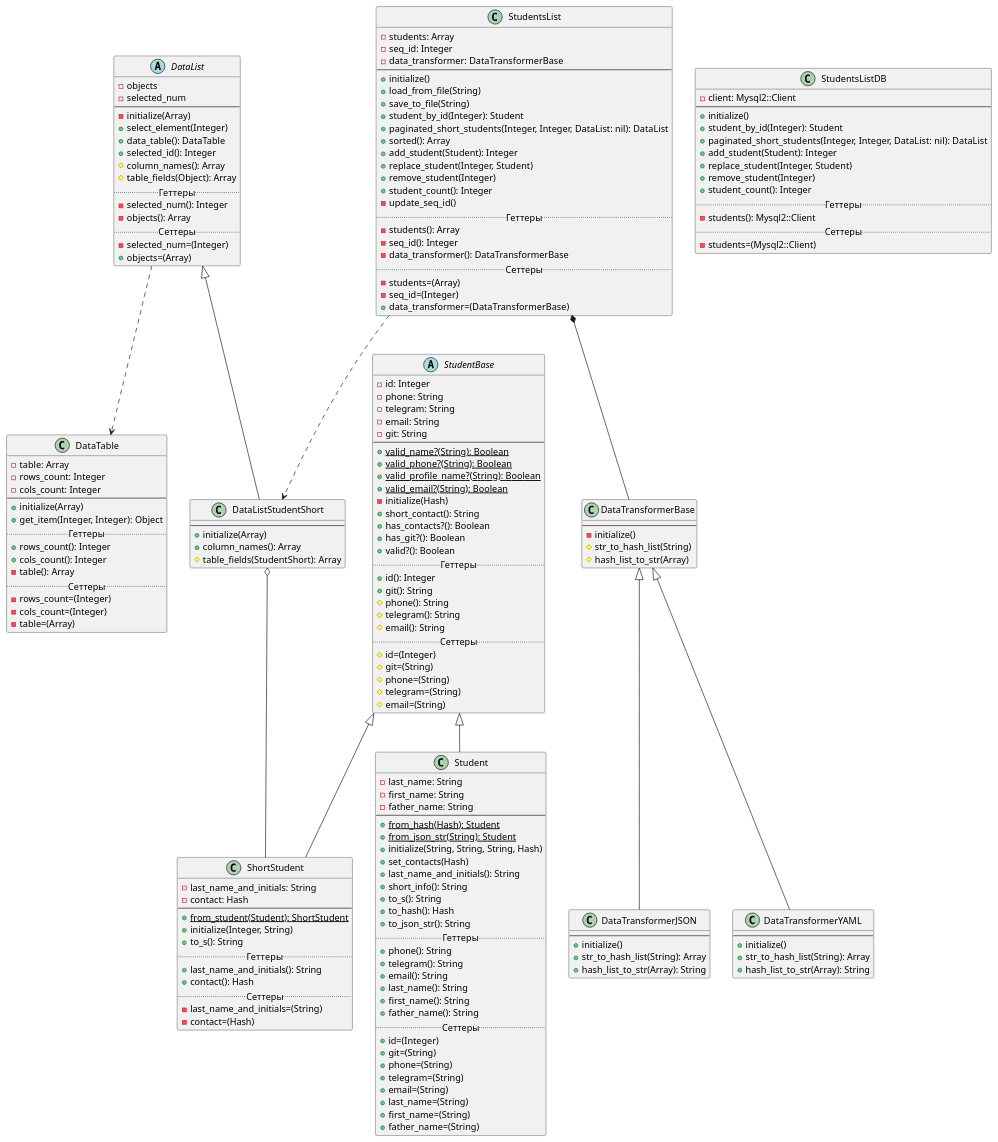
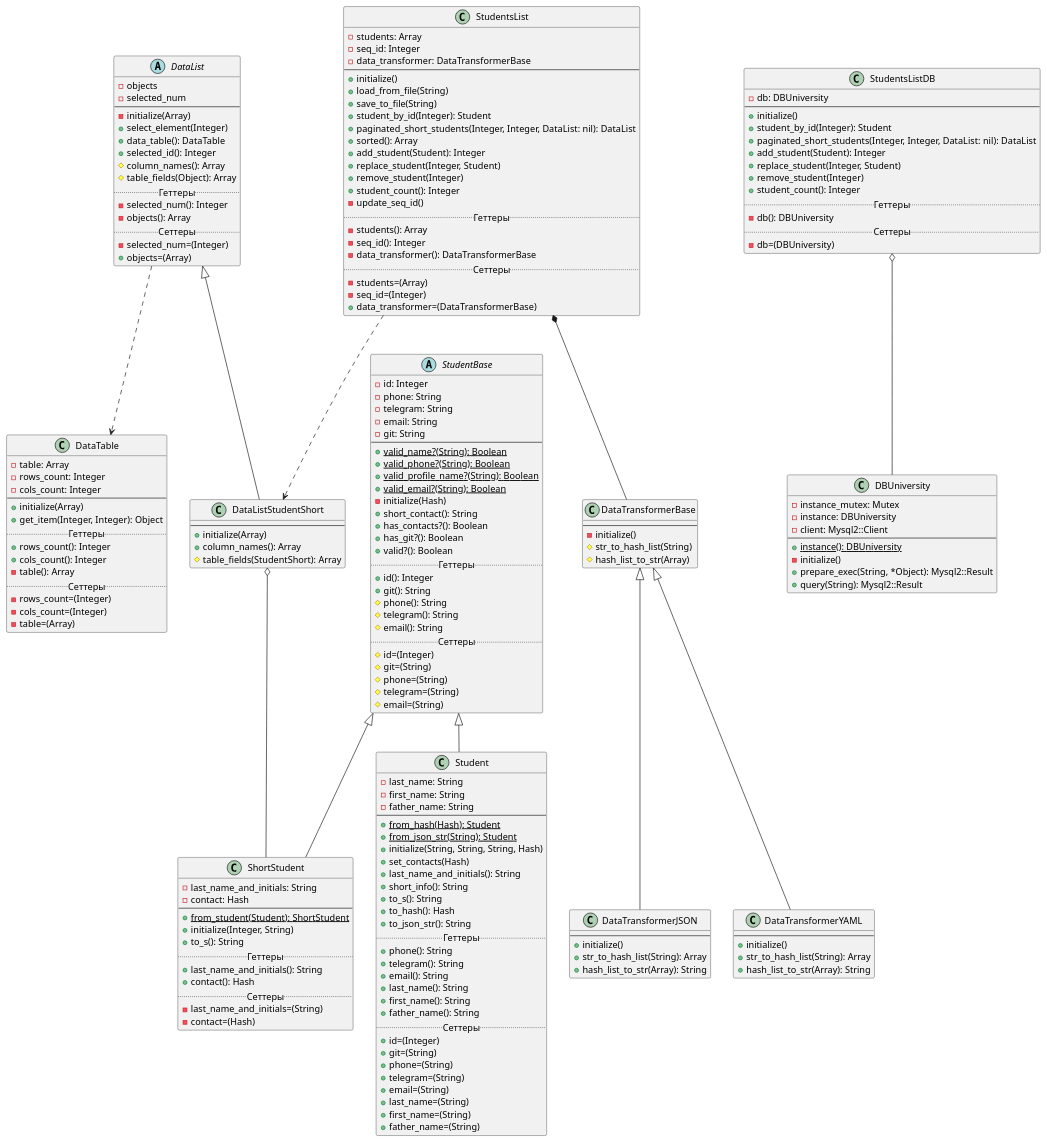
Before and after one commit to r1411/PatternsLabs: the diagram in Diagrams/lab2.puml, drawn with PlantUML. The commit also changed 4 other files, not shown here.

```diff
--- a/Diagrams/lab2.puml
+++ b/Diagrams/lab2.puml
@@ -5,6 +5,7 @@
 StudentsList *-- DataTransformerBase
 StudentsList ..> DataListStudentShort
 DataListStudentShort o-- ShortStudent
+StudentsListDB o-- DBUniversity
 
 abstract class StudentBase {
     -id: Integer
@@ -172,8 +173,19 @@
     +hash_list_to_str(Array): String
 }
 
+class DBUniversity {
+    -instance_mutex: Mutex
+    -instance: DBUniversity
+    -client: Mysql2::Client
+    --
+    +{static}instance(): DBUniversity
+    -initialize()
+    +prepare_exec(String, *Object): Mysql2::Result
+    +query(String): Mysql2::Result
+}
+
 class StudentsListDB {
-    -client: Mysql2::Client
+    -db: DBUniversity
     --
     +initialize()
     +student_by_id(Integer): Student
@@ -183,9 +195,9 @@
     +remove_student(Integer)
     +student_count(): Integer
     .. Геттеры ..
-    -students(): Mysql2::Client
+    -db(): DBUniversity
     .. Сеттеры ..
-    -students=(Mysql2::Client)
+    -db=(DBUniversity)
 }
 
 @enduml
```
